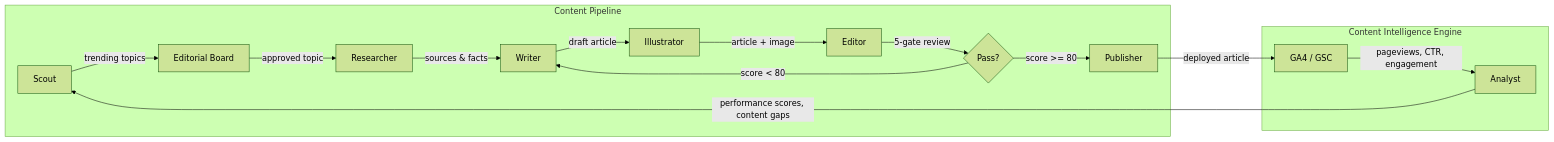
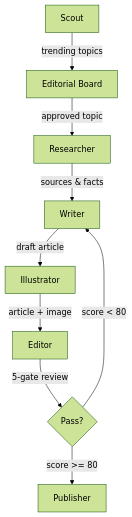
One commit to oviney/economist-agents changed the first of 2 diagrams in docs/index.md. Above: the diagram before and after it, drawn with Mermaid (forest theme). The commit also changed other lines of this file and 1 other file, not shown here.

````diff
--- a/docs/index.md
+++ b/docs/index.md
@@ -21,20 +21,11 @@
 ```mermaid
-graph LR
-    subgraph Content Pipeline
-        A[Scout] -->|trending topics| B[Editorial Board]
-        B -->|approved topic| C[Researcher]
-        C -->|sources & facts| D[Writer]
-        D -->|draft article| E[Illustrator]
-        E -->|article + image| F[Editor]
-        F -->|5-gate review| G{Pass?}
-        G -->|score >= 80| H[Publisher]
-        G -->|score < 80| D
-    end
-
-    subgraph Content Intelligence Engine
-        I[GA4 / GSC] -->|pageviews, CTR, engagement| J[Analyst]
-        J -->|performance scores, content gaps| A
-    end
-
-    H -->|deployed article| I
+graph TD
+    A[Scout] -->|trending topics| B[Editorial Board]
+    B -->|approved topic| C[Researcher]
+    C -->|sources & facts| D[Writer]
+    D -->|draft article| E[Illustrator]
+    E -->|article + image| F[Editor]
+    F -->|5-gate review| G{Pass?}
+    G -->|score >= 80| H[Publisher]
+    G -->|score < 80| D
 ```
````
